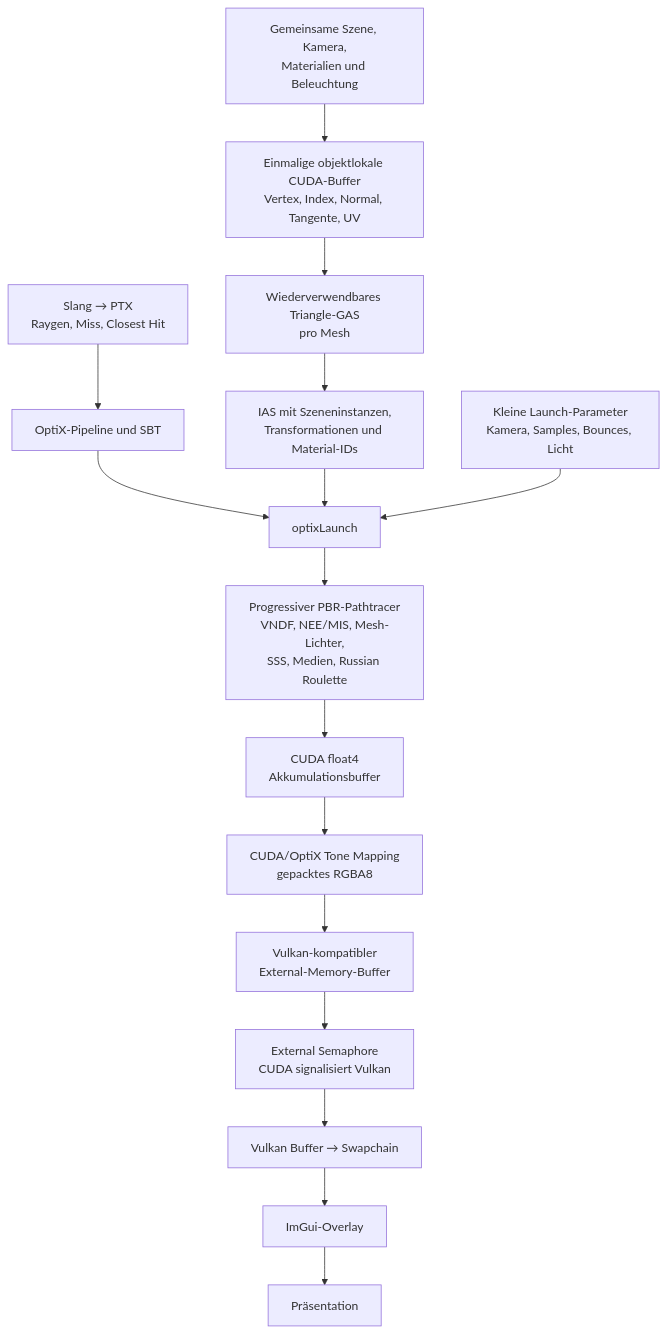
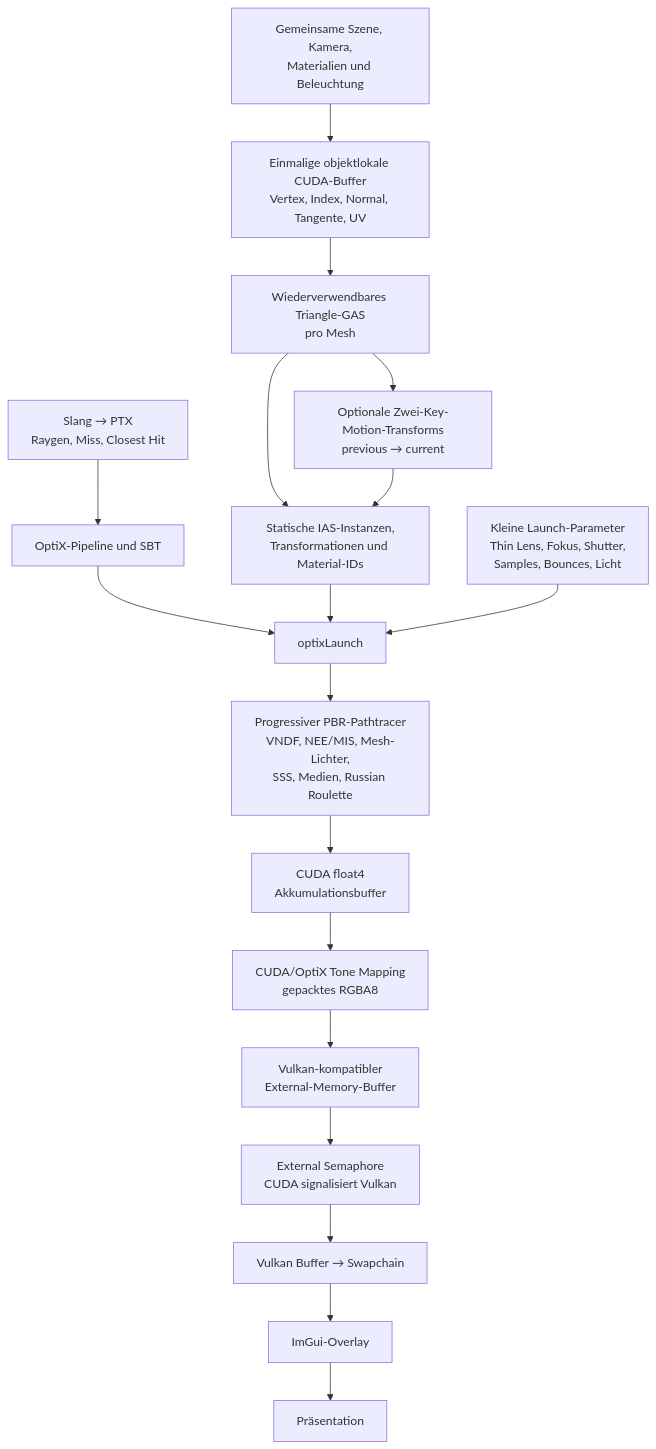
The third of 4 diagrams in RENDERPFADE.md (F2TekIndie/VORaytracer), drawn with Mermaid before and after one commit. The commit also changed other lines of this file and 17 other files, not shown here.

````diff
--- a/RENDERPFADE.md
+++ b/RENDERPFADE.md
@@ -75,20 +86,22 @@
 ```mermaid
 flowchart TD
     Scene["Gemeinsame Szene, Kamera,<br/>Materialien und Beleuchtung"] --> CudaBuffers["Einmalige objektlokale CUDA-Buffer<br/>Vertex, Index, Normal, Tangente, UV"]
     CudaBuffers --> GAS["Wiederverwendbares Triangle-GAS<br/>pro Mesh"]
-    GAS --> IAS["IAS mit Szeneninstanzen,<br/>Transformationen und Material-IDs"]
+    GAS --> Motion["Optionale Zwei-Key-Motion-Transforms<br/>previous → current"]
+    GAS --> IAS["Statische IAS-Instanzen,<br/>Transformationen und Material-IDs"]
+    Motion --> IAS
 
     Shader["Slang → PTX<br/>Raygen, Miss, Closest Hit"] --> Pipeline["OptiX-Pipeline und SBT"]
     Pipeline --> Launch["optixLaunch"]
     IAS --> Launch
-    Params["Kleine Launch-Parameter<br/>Kamera, Samples, Bounces, Licht"] --> Launch
+    Params["Kleine Launch-Parameter<br/>Thin Lens, Fokus, Shutter,<br/>Samples, Bounces, Licht"] --> Launch
 
     Launch --> Integrator["Progressiver PBR-Pathtracer<br/>VNDF, NEE/MIS, Mesh-Lichter,<br/>SSS, Medien, Russian Roulette"]
     Integrator --> Accum["CUDA float4<br/>Akkumulationsbuffer"]
     Accum --> Tone["CUDA/OptiX Tone Mapping<br/>gepacktes RGBA8"]
     Tone --> External["Vulkan-kompatibler<br/>External-Memory-Buffer"]
     External --> Semaphore["External Semaphore<br/>CUDA signalisiert Vulkan"]
     Semaphore --> Copy["Vulkan Buffer → Swapchain"]
     Copy --> ImGui["ImGui-Overlay"]
     ImGui --> Present["Präsentation"]
 ```
````
